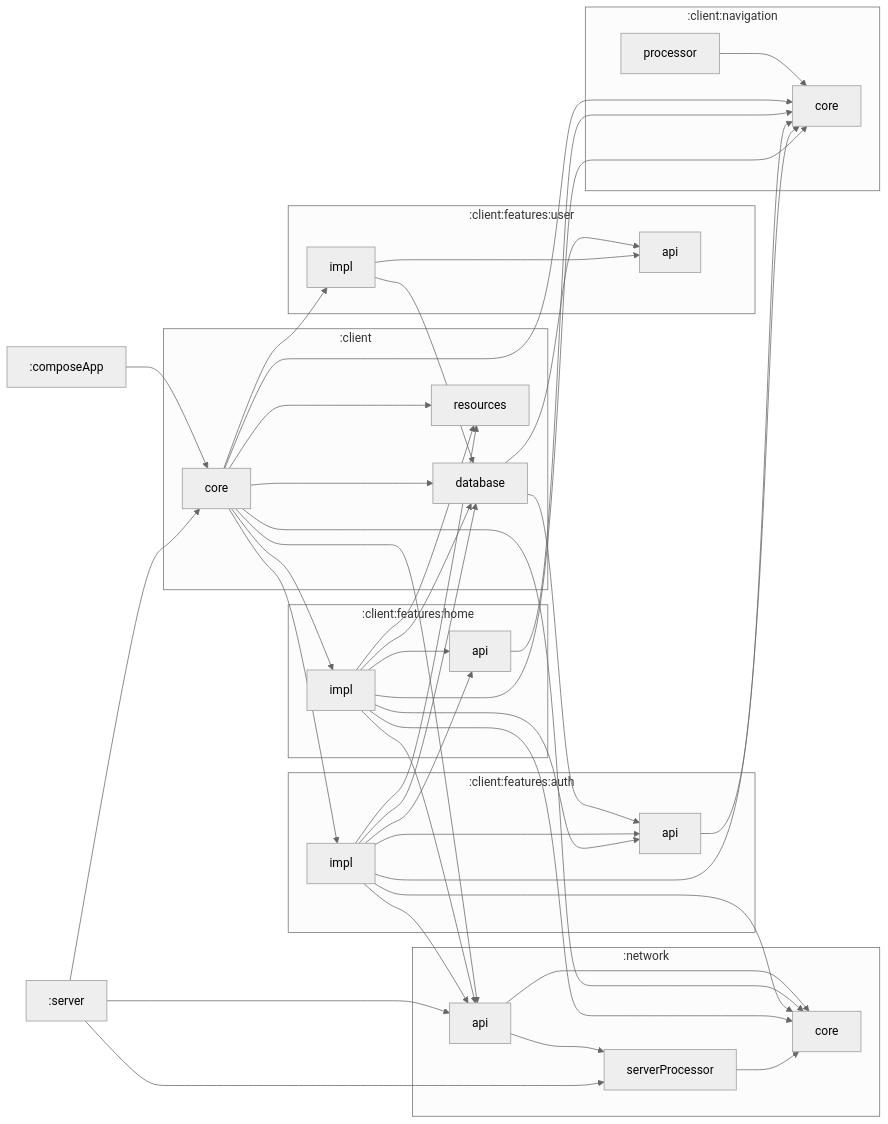
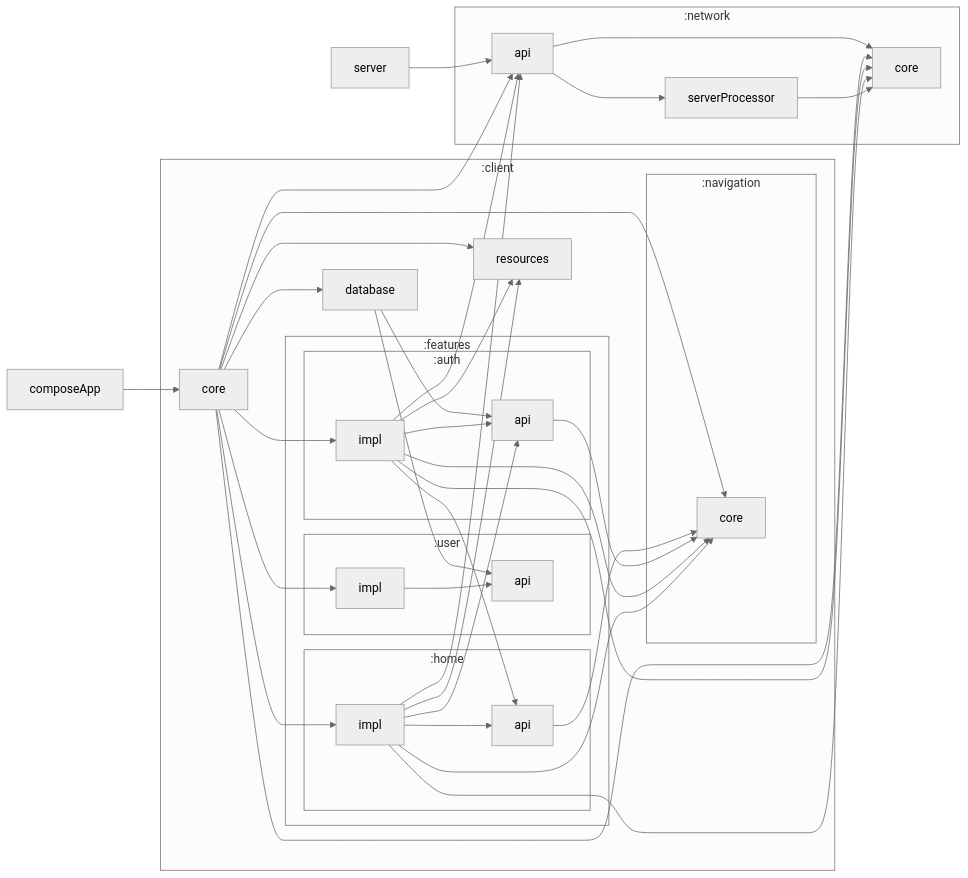
Before and after one commit to vldi01/ModernKMPArchitecture: the diagram in ModulesStructure.md, drawn with Mermaid. The commit also changed 13 other files, not shown here.

````diff
--- a/ModulesStructure.md
+++ b/ModulesStructure.md
@@ -3,71 +3,80 @@
 ```mermaid
 %%{
   init: {
     'theme': 'neutral'
   }
 }%%
 
 graph LR
+  :composeApp["composeApp"]
+  :server["server"]
   subgraph :client
     :client:database["database"]
     :client:core["core"]
+    :client:database["database"]
     :client:resources["resources"]
-  end
-  subgraph :client:features:auth
-    :client:features:auth:api["api"]
-    :client:features:auth:impl["impl"]
-  end
-  subgraph :client:features:home
-    :client:features:home:impl["impl"]
-    :client:features:home:api["api"]
-  end
-  subgraph :client:features:user
-    :client:features:user:api["api"]
-    :client:features:user:impl["impl"]
-  end
-  subgraph :client:navigation
-    :client:navigation:processor["processor"]
-    :client:navigation:core["core"]
+    :client:core["core"]
+    subgraph :features
+      subgraph :user
+        :client:features:user:api["api"]
+        :client:features:user:impl["impl"]
+        :client:features:user:impl["impl"]
+      end
+      subgraph :auth
+        :client:features:auth:api["api"]
+        :client:features:auth:impl["impl"]
+        :client:features:auth:api["api"]
+        :client:features:auth:impl["impl"]
+      end
+      subgraph :home
+        :client:features:home:impl["impl"]
+        :client:features:home:api["api"]
+        :client:features:home:api["api"]
+        :client:features:home:impl["impl"]
+      end
+    end
+    subgraph :navigation
+      :client:navigation:core["core"]
+    end
   end
   subgraph :network
     :network:api["api"]
     :network:core["core"]
     :network:serverProcessor["serverProcessor"]
+    :network:api["api"]
+    :network:serverProcessor["serverProcessor"]
+    :network:core["core"]
+    :network:api["api"]
   end
-  :client:navigation:processor --> :client:navigation:core
+
   :client:database --> :client:features:user:api
   :client:database --> :client:features:auth:api
   :client:features:user:impl --> :client:features:user:api
-  :client:features:user:impl --> :client:database
   :network:api --> :network:core
   :network:api --> :network:serverProcessor
   :client:core --> :client:features:user:impl
   :client:core --> :client:features:auth:impl
   :client:core --> :client:features:home:impl
   :client:core --> :client:database
   :client:core --> :client:navigation:core
   :client:core --> :network:api
   :client:core --> :network:core
   :client:core --> :client:resources
   :client:features:home:api --> :client:navigation:core
   :composeApp --> :client:core
   :client:features:auth:api --> :client:navigation:core
   :client:features:auth:impl --> :client:features:auth:api
   :client:features:auth:impl --> :client:features:home:api
-  :client:features:auth:impl --> :client:database
   :client:features:auth:impl --> :client:navigation:core
   :client:features:auth:impl --> :network:api
   :client:features:auth:impl --> :network:core
   :client:features:auth:impl --> :client:resources
   :client:features:home:impl --> :client:features:home:api
-  :client:features:home:impl --> :client:database
   :client:features:home:impl --> :client:navigation:core
   :client:features:home:impl --> :network:api
   :client:features:home:impl --> :network:core
   :client:features:home:impl --> :client:resources
   :client:features:home:impl --> :client:features:auth:api
   :network:serverProcessor --> :network:core
-  :server --> :client:core
   :server --> :network:api
-  :server --> :network:serverProcessor
 ```
````
